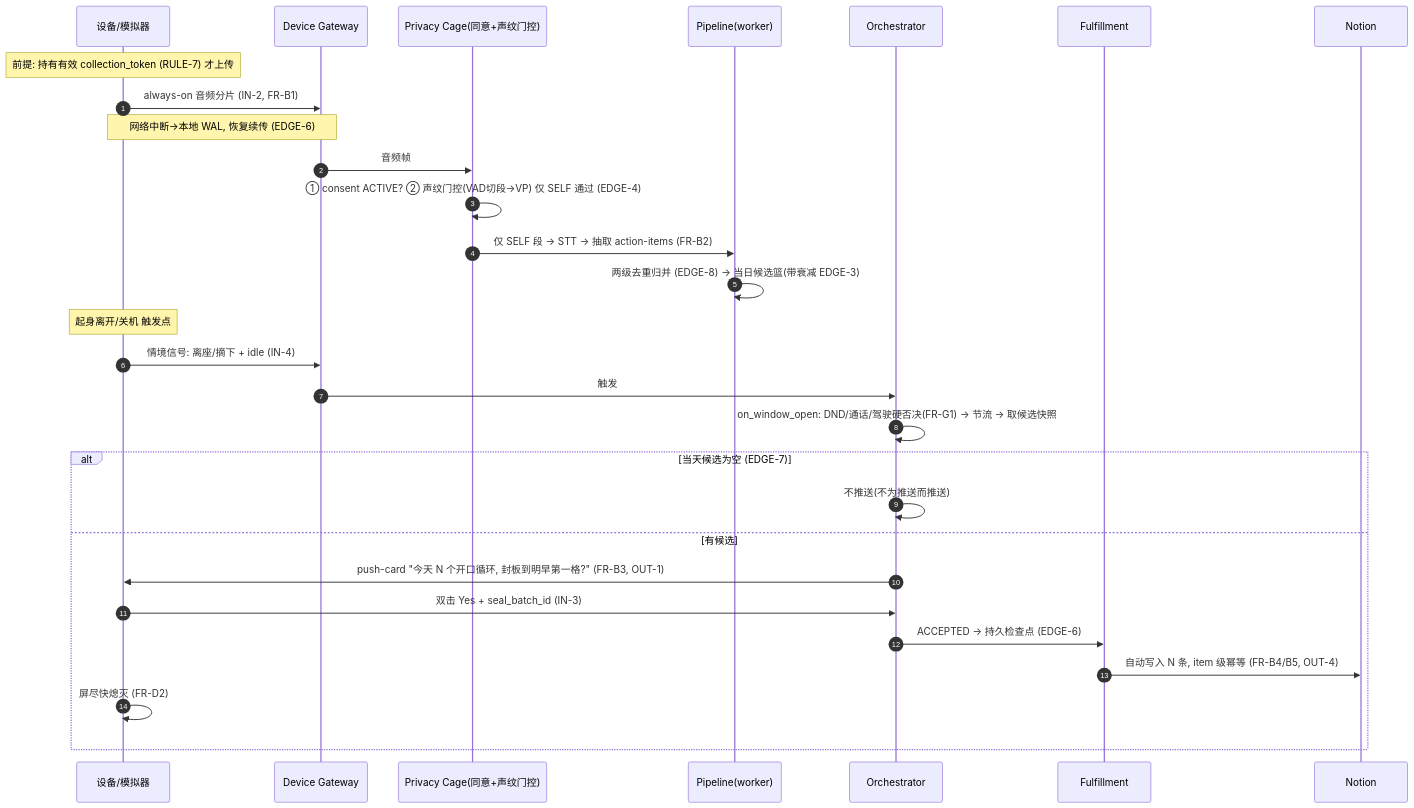
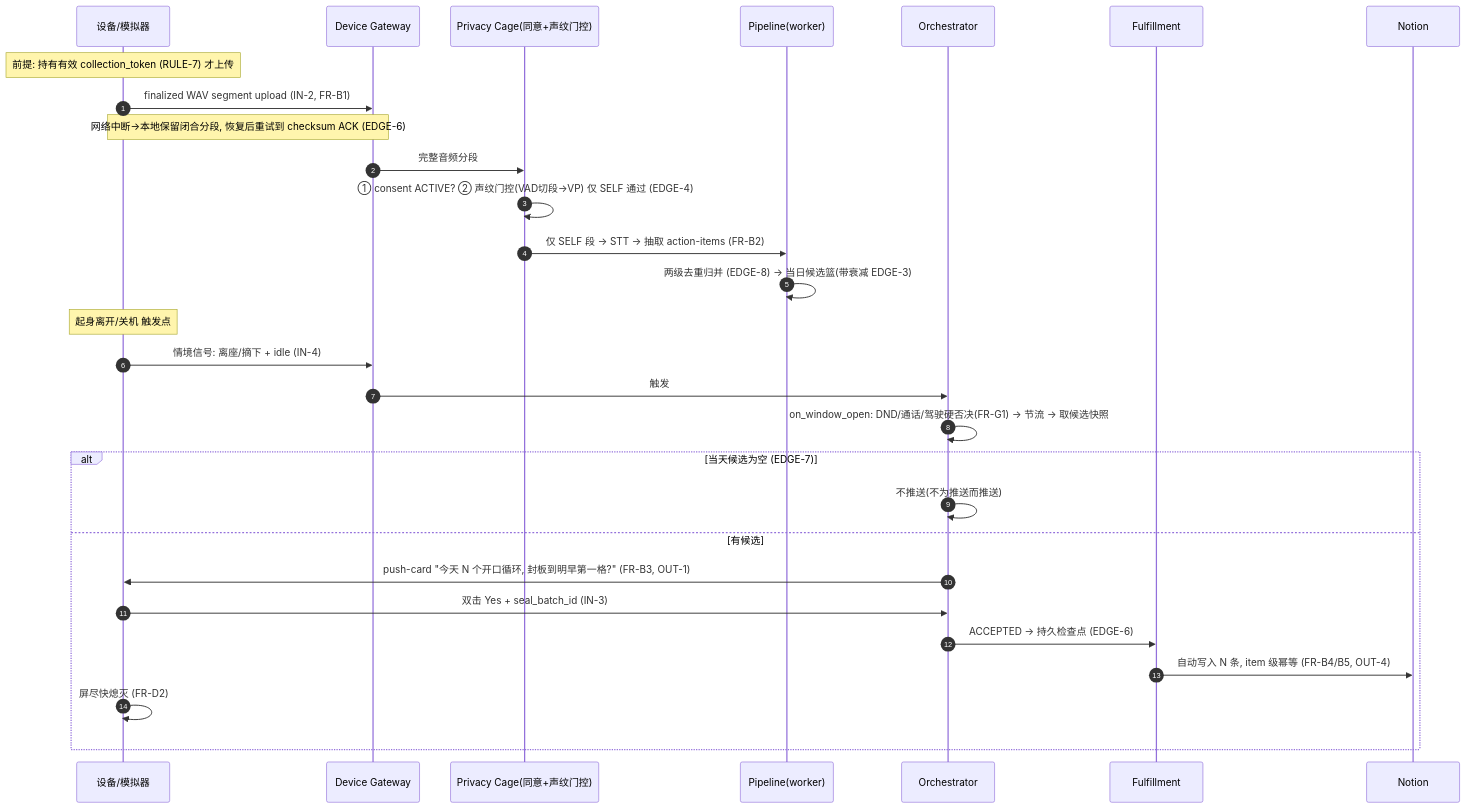
The second of 2 diagrams in docs/design.md (KevinZhu333/Demo_UD_ESP32_S3_Touch_AMOLED_1.75C), drawn with Mermaid before and after one commit. The commit also changed other lines of this file and 25 other files, not shown here.

Commit message:
Implement always-on recording with scheduled upload

````diff
--- a/docs/design.md
+++ b/docs/design.md
@@ -187,31 +187,31 @@
 ```mermaid
 sequenceDiagram
   autonumber
   participant DEV as 设备/模拟器
   participant GW as Device Gateway
   participant PC as Privacy Cage(同意+声纹门控)
   participant PIPE as Pipeline(worker)
   participant ORC as Orchestrator
   participant FUL as Fulfillment
   participant NOTION as Notion
   Note over DEV: 前提: 持有有效 collection_token (RULE-7) 才上传
-  DEV->>GW: always-on 音频分片 (IN-2, FR-B1)
-  Note over DEV,GW: 网络中断→本地 WAL, 恢复续传 (EDGE-6)
-  GW->>PC: 音频帧
+  DEV->>GW: finalized WAV segment upload (IN-2, FR-B1)
+  Note over DEV,GW: 网络中断→本地保留闭合分段, 恢复后重试到 checksum ACK (EDGE-6)
+  GW->>PC: 完整音频分段
   PC->>PC: ① consent ACTIVE? ② 声纹门控(VAD切段→VP) 仅 SELF 通过 (EDGE-4)
   PC->>PIPE: 仅 SELF 段 → STT → 抽取 action-items (FR-B2)
   PIPE->>PIPE: 两级去重归并 (EDGE-8) → 当日候选篮(带衰减 EDGE-3)
   Note over DEV: 起身离开/关机 触发点
   DEV->>GW: 情境信号: 离座/摘下 + idle (IN-4)
   GW->>ORC: 触发
   ORC->>ORC: on_window_open: DND/通话/驾驶硬否决(FR-G1) → 节流 → 取候选快照
   alt 当天候选为空 (EDGE-7)
     ORC->>ORC: 不推送(不为推送而推送)
   else 有候选
     ORC->>DEV: push-card "今天 N 个开口循环, 封板到明早第一格?" (FR-B3, OUT-1)
     DEV->>ORC: 双击 Yes + seal_batch_id (IN-3)
     ORC->>FUL: ACCEPTED → 持久检查点 (EDGE-6)
     FUL->>NOTION: 自动写入 N 条, item 级幂等 (FR-B4/B5, OUT-4)
     DEV->>DEV: 屏尽快熄灭 (FR-D2)
   end
 ```
````
